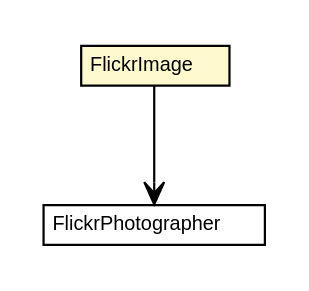
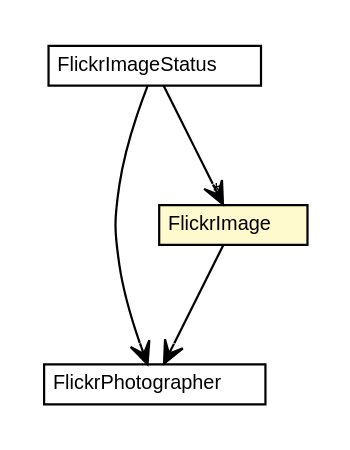
The diagram in flickrvote-flickr/apidocs/net/chrissearle/flickrvote/flickr/FlickrImage.dot (chrissearle/twphch), drawn with Graphviz before and after one commit. The commit also changed 991 other files, not shown here.

```diff
--- a/flickrvote-flickr/apidocs/net/chrissearle/flickrvote/flickr/FlickrImage.dot
+++ b/flickrvote-flickr/apidocs/net/chrissearle/flickrvote/flickr/FlickrImage.dot
@@ -1,24 +1,34 @@
 #!/usr/local/bin/dot
 #
 # Class diagram 
 # Generated by UmlGraph version 4.6 (http://www.spinellis.gr/sw/umlgraph)
 #
 
 digraph G {
 	edge [fontname="Helvetica",fontsize=10,labelfontname="Helvetica",labelfontsize=10];
 	node [fontname="Helvetica",fontsize=10,shape=plaintext];
 	// net.chrissearle.flickrvote.flickr.FlickrPhotographer
-	c99 [label=<<table border="0" cellborder="1" cellspacing="0" cellpadding="2" port="p" href="./FlickrPhotographer.html">
+	c127 [label=<<table border="0" cellborder="1" cellspacing="0" cellpadding="2" port="p" href="./FlickrPhotographer.html">
 		<tr><td><table border="0" cellspacing="0" cellpadding="1">
 			<tr><td> FlickrPhotographer </td></tr>
 		</table></td></tr>
 		</table>>, fontname="Helvetica", fontcolor="black", fontsize=9.0];
+	// net.chrissearle.flickrvote.flickr.FlickrImageStatus
+	c129 [label=<<table border="0" cellborder="1" cellspacing="0" cellpadding="2" port="p" href="./FlickrImageStatus.html">
+		<tr><td><table border="0" cellspacing="0" cellpadding="1">
+			<tr><td> FlickrImageStatus </td></tr>
+		</table></td></tr>
+		</table>>, fontname="Helvetica", fontcolor="black", fontsize=9.0];
 	// net.chrissearle.flickrvote.flickr.FlickrImage
-	c101 [label=<<table border="0" cellborder="1" cellspacing="0" cellpadding="2" port="p" bgcolor="lemonChiffon" href="./FlickrImage.html">
+	c131 [label=<<table border="0" cellborder="1" cellspacing="0" cellpadding="2" port="p" bgcolor="lemonChiffon" href="./FlickrImage.html">
 		<tr><td><table border="0" cellspacing="0" cellpadding="1">
 			<tr><td> FlickrImage </td></tr>
 		</table></td></tr>
 		</table>>, fontname="Helvetica", fontcolor="black", fontsize=9.0];
+	// net.chrissearle.flickrvote.flickr.FlickrImageStatus NAVASSOC net.chrissearle.flickrvote.flickr.FlickrPhotographer
+	c129:p -> c127:p [taillabel="", label="", headlabel="", fontname="Helvetica", fontcolor="black", fontsize=10.0, color="black", arrowhead=open];
+	// net.chrissearle.flickrvote.flickr.FlickrImageStatus NAVASSOC net.chrissearle.flickrvote.flickr.FlickrImage
+	c129:p -> c131:p [taillabel="", label="", headlabel="*", fontname="Helvetica", fontcolor="black", fontsize=10.0, color="black", arrowhead=open];
 	// net.chrissearle.flickrvote.flickr.FlickrImage NAVASSOC net.chrissearle.flickrvote.flickr.FlickrPhotographer
-	c101:p -> c99:p [taillabel="", label="", headlabel="", fontname="Helvetica", fontcolor="black", fontsize=10.0, color="black", arrowhead=open];
+	c131:p -> c127:p [taillabel="", label="", headlabel="", fontname="Helvetica", fontcolor="black", fontsize=10.0, color="black", arrowhead=open];
 }
```
